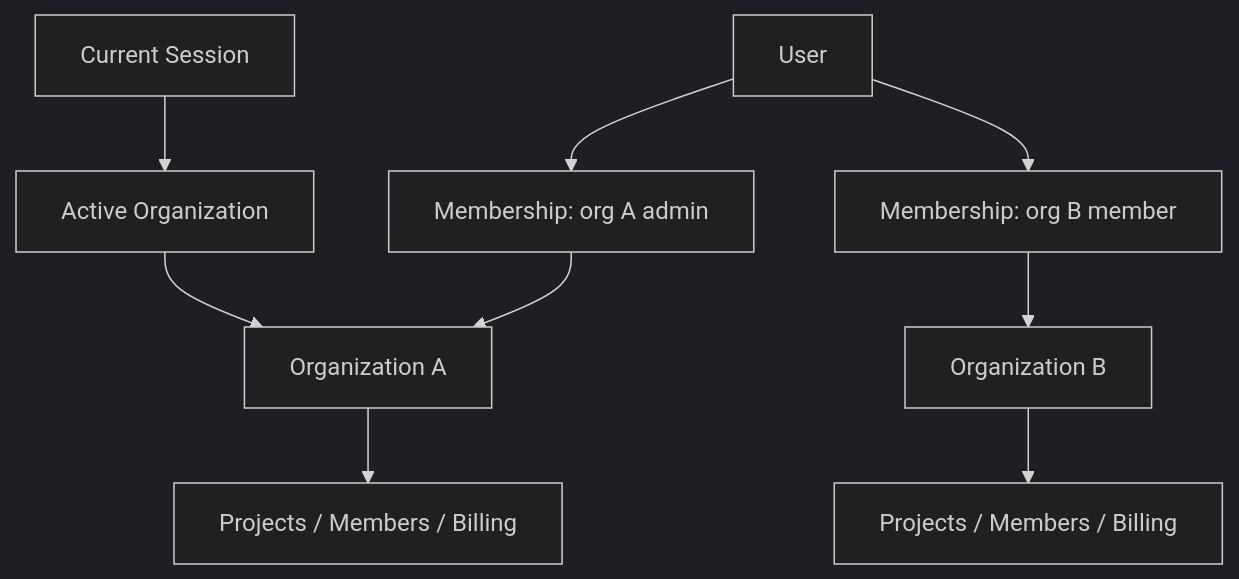
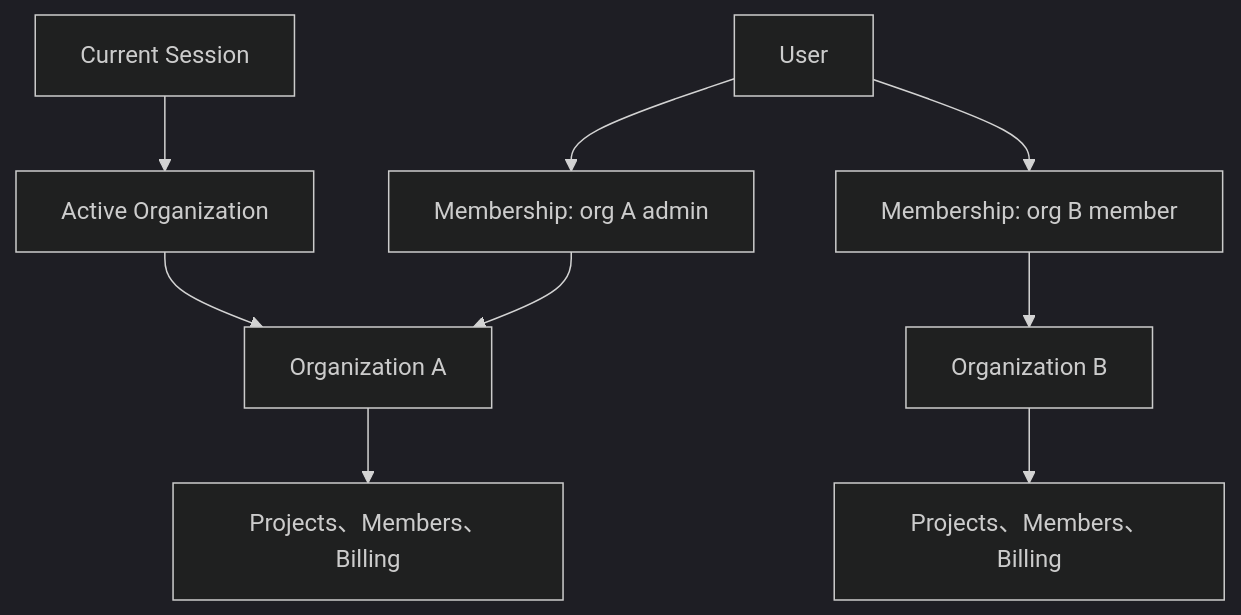
The ninth of 13 diagrams in Front-end notes/Clerk/Clerk学习指南.md (H-1234-S/Note), drawn with Mermaid (dark theme) before and after one commit. The commit also changed other lines of this file and 1 other file, not shown here.

````diff
--- a/Front-end notes/Clerk/Clerk学习指南.md
+++ b/Front-end notes/Clerk/Clerk学习指南.md
@@ -1707,11 +1707,11 @@
 ```mermaid
 flowchart TD
-  U[User] --> M1[Membership: org A admin]
-  U --> M2[Membership: org B member]
-  M1 --> O1[Organization A]
-  M2 --> O2[Organization B]
-  O1 --> R1[Projects / Members / Billing]
-  O2 --> R2[Projects / Members / Billing]
-  S[Current Session] --> AO[Active Organization]
+  U["User"] --> M1["Membership: org A admin"]
+  U --> M2["Membership: org B member"]
+  M1 --> O1["Organization A"]
+  M2 --> O2["Organization B"]
+  O1 --> R1["Projects、Members、Billing"]
+  O2 --> R2["Projects、Members、Billing"]
+  S["Current Session"] --> AO["Active Organization"]
   AO --> O1
 ```
````
